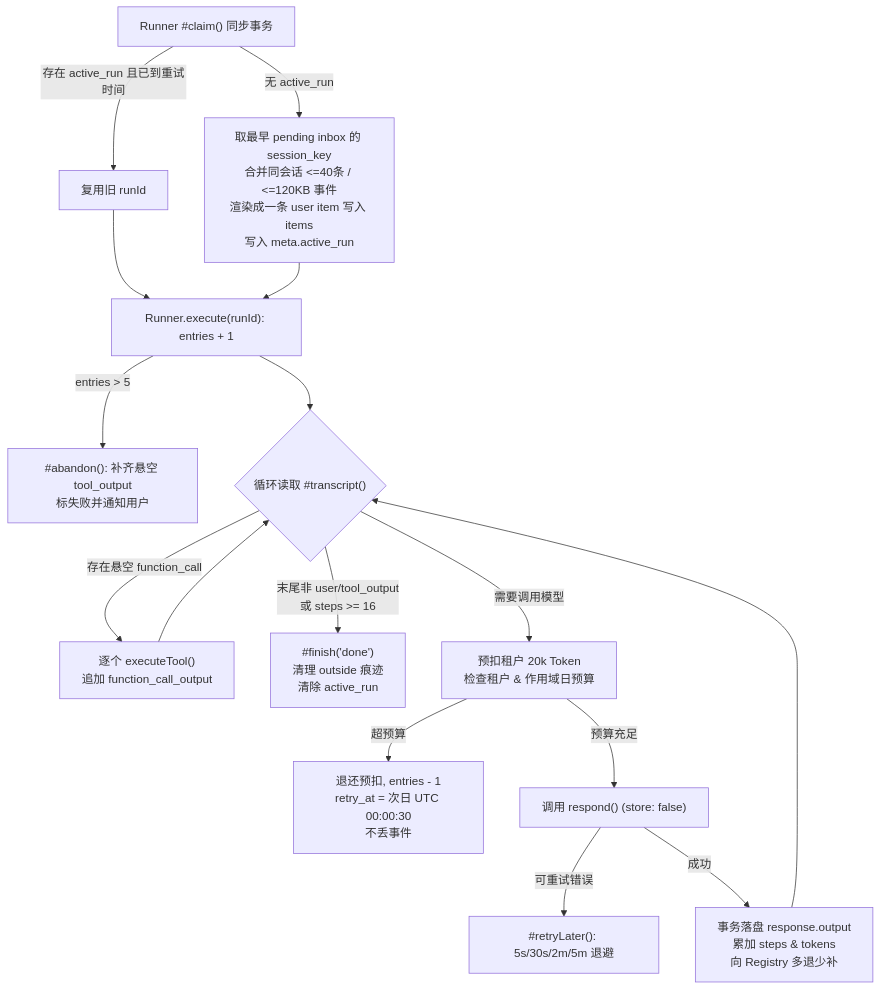
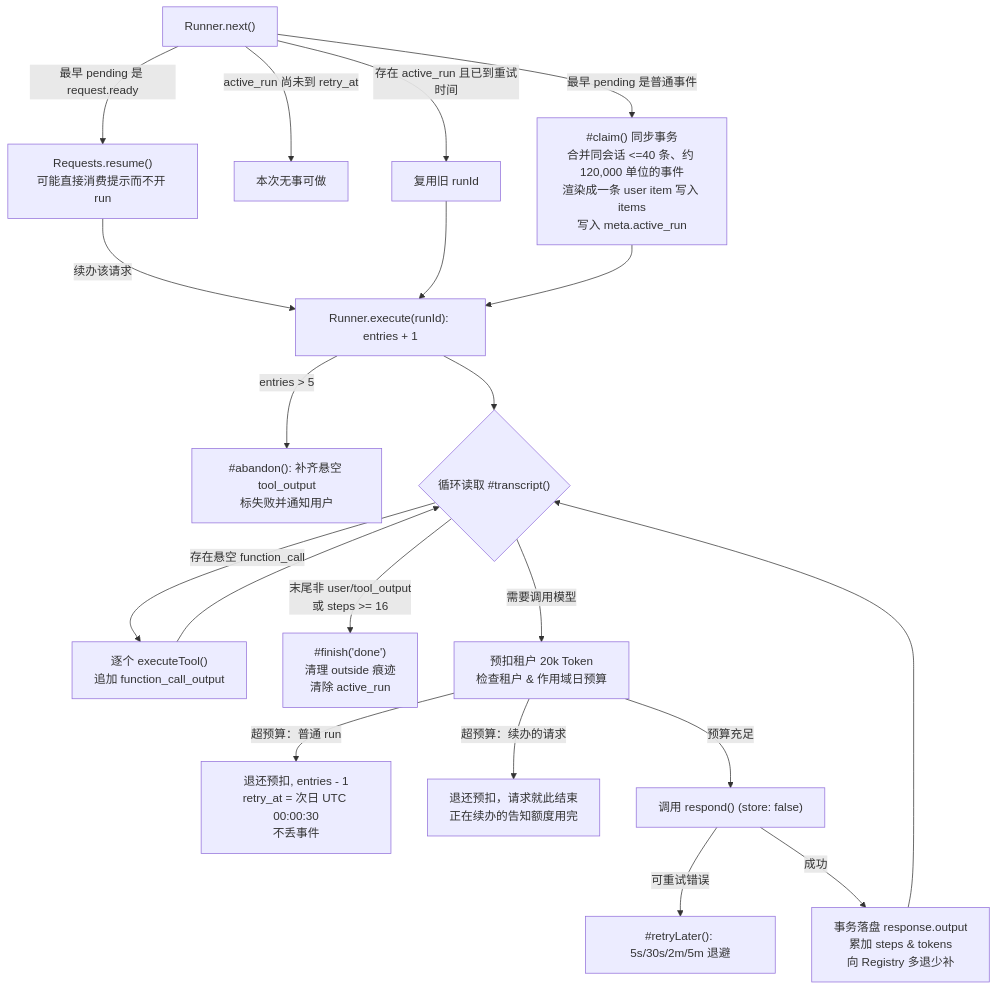
Before and after one commit to gxcsoccer/always-on-agents: the diagram in docs/brain-walkthrough.zh-CN.md, drawn with Mermaid. The commit also changed other lines of this file and 1 other file, not shown here.

````diff
--- a/docs/brain-walkthrough.zh-CN.md
+++ b/docs/brain-walkthrough.zh-CN.md
@@ -102,18 +102,22 @@
 ```mermaid
 flowchart TD
-  A["Runner #claim() 同步事务"] -->|"存在 active_run 且已到重试时间"| B["复用旧 runId"]
-  A -->|"无 active_run"| C["取最早 pending inbox 的 session_key<br/>合并同会话 <=40条 / <=120KB 事件<br/>渲染成一条 user item 写入 items<br/>写入 meta.active_run"]
+  N["Runner.next()"] -->|"存在 active_run 且已到重试时间"| B["复用旧 runId"]
+  N -->|"active_run 尚未到 retry_at"| Z["本次无事可做"]
+  N -->|"最早 pending 是 request.ready"| Q["Requests.resume()<br/>可能直接消费提示而不开 run"]
+  N -->|"最早 pending 是普通事件"| C["#claim() 同步事务<br/>合并同会话 <=40 条、约 120,000 单位的事件<br/>渲染成一条 user item 写入 items<br/>写入 meta.active_run"]
+  Q -->|"续办该请求"| D
   B --> D["Runner.execute(runId): entries + 1"]
   C --> D
   D -->|"entries > 5"| AB["#abandon(): 补齐悬空 tool_output<br/>标失败并通知用户"]
   D --> L{"循环读取 #transcript()"}
   L -->|"存在悬空 function_call"| T["逐个 executeTool()<br/>追加 function_call_output"]
   T --> L
   L -->|"末尾非 user/tool_output<br/>或 steps >= 16"| F["#finish('done')<br/>清理 outside 痕迹<br/>清除 active_run"]
   L -->|"需要调用模型"| R["预扣租户 20k Token<br/>检查租户 & 作用域日预算"]
-  R -->|"超预算"| P["退还预扣, entries - 1<br/>retry_at = 次日 UTC 00:00:30<br/>不丢事件"]
+  R -->|"超预算：普通 run"| P["退还预扣, entries - 1<br/>retry_at = 次日 UTC 00:00:30<br/>不丢事件"]
+  R -->|"超预算：续办的请求"| PC["退还预扣，请求就此结束<br/>正在续办的告知额度用完"]
   R -->|"预算充足"| M["调用 respond() (store: false)"]
   M -->|"可重试错误"| RT["#retryLater(): 5s/30s/2m/5m 退避"]
   M -->|"成功"| S["事务落盘 response.output<br/>累加 steps & tokens<br/>向 Registry 多退少补"]
   S --> L
 ```
````
